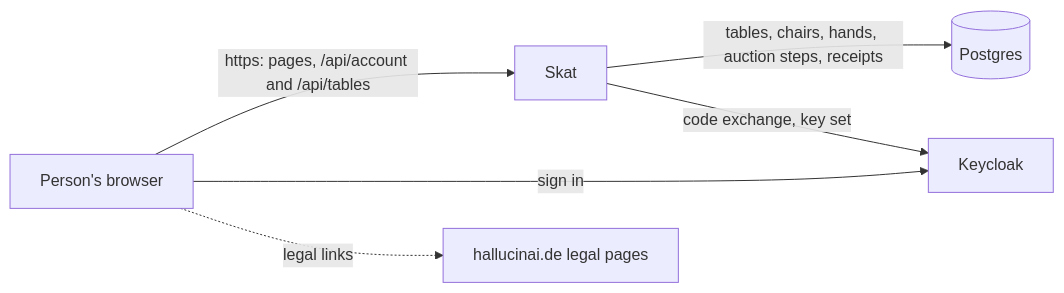
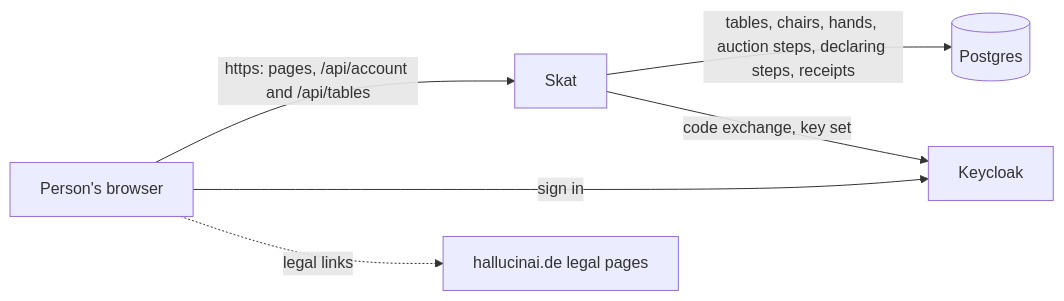
The first of 3 diagrams in docs/ARCHITECTURE.md (overnightworks/skat), drawn with Mermaid before and after one commit. The commit also changed other lines of this file and 21 other files, not shown here.

````diff
--- a/docs/ARCHITECTURE.md
+++ b/docs/ARCHITECTURE.md
@@ -7,8 +7,8 @@
 ```mermaid
 flowchart LR
     person["Person's browser"] -->|"https: pages, /api/account and /api/tables"| skat["Skat"]
     person -->|"sign in"| keycloak["Keycloak"]
-    skat -->|"tables, chairs, hands, auction steps, receipts"| database[("Postgres")]
+    skat -->|"tables, chairs, hands, auction steps, declaring steps, receipts"| database[("Postgres")]
     skat -->|"code exchange, key set"| keycloak
     person -.->|"legal links"| legal["hallucinai.de legal pages"]
 ```
````
